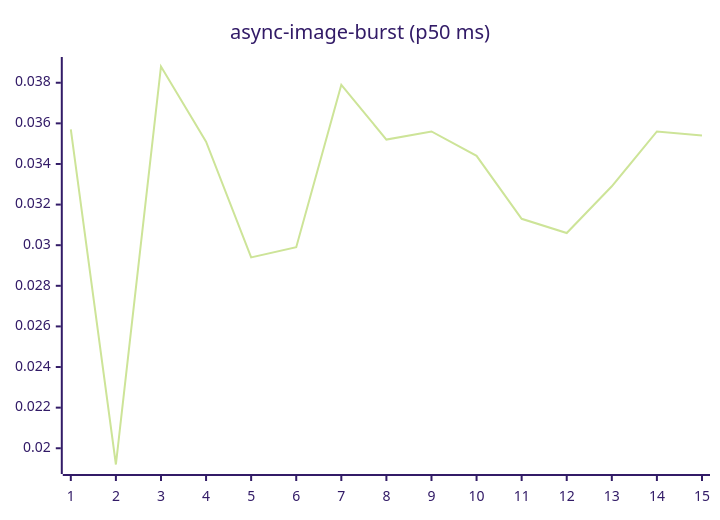
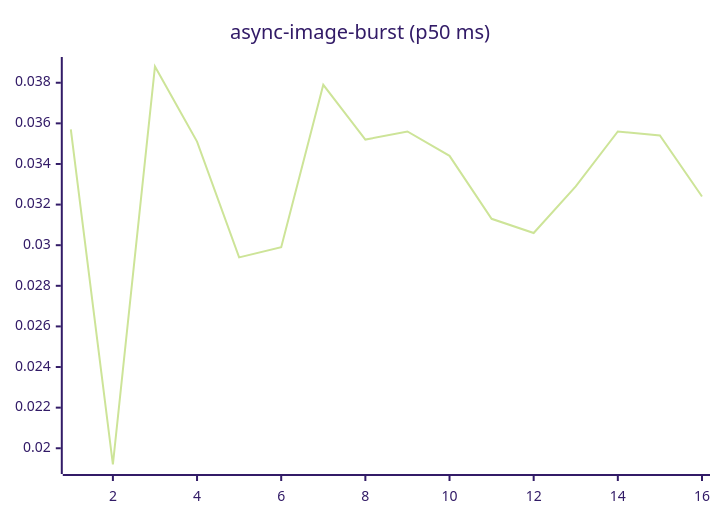
Before and after one commit to josha/Facet: the fourth of 27 diagrams in README.md, drawn with Mermaid (forest theme). The commit also changed other lines of this file and 2 other files, not shown here.

````diff
--- a/README.md
+++ b/README.md
@@ -84,6 +84,6 @@
 ```mermaid
 xychart-beta
     title "async-image-burst (p50 ms)"
-    x-axis 1 --> 15
-    line [0.0357, 0.0192, 0.0388, 0.0351, 0.0294, 0.0299, 0.0379, 0.0352, 0.0356, 0.0344, 0.0313, 0.0306, 0.0329, 0.0356, 0.0354]
+    x-axis 1 --> 16
+    line [0.0357, 0.0192, 0.0388, 0.0351, 0.0294, 0.0299, 0.0379, 0.0352, 0.0356, 0.0344, 0.0313, 0.0306, 0.0329, 0.0356, 0.0354, 0.0324]
 ```
````
